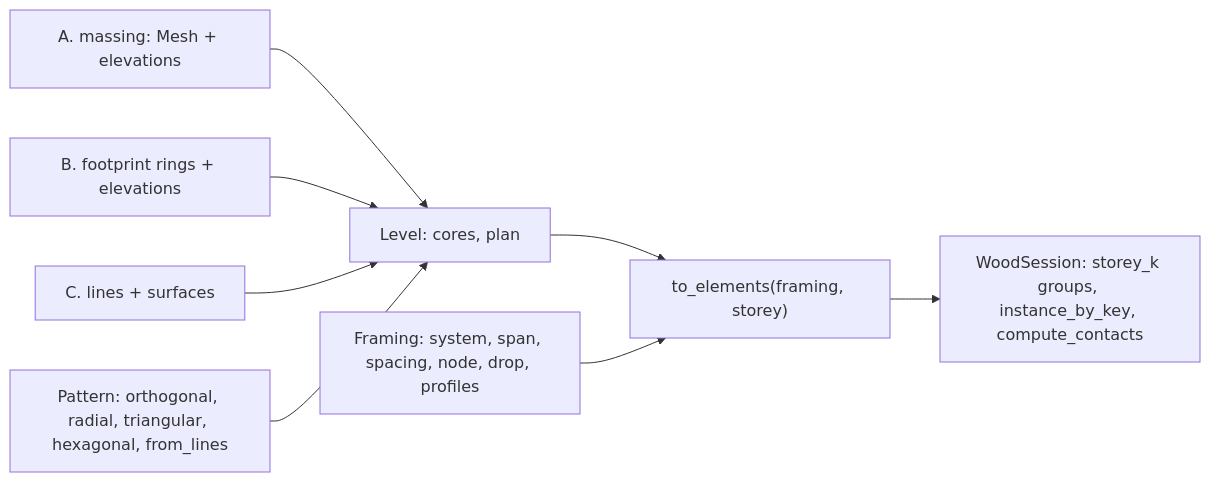
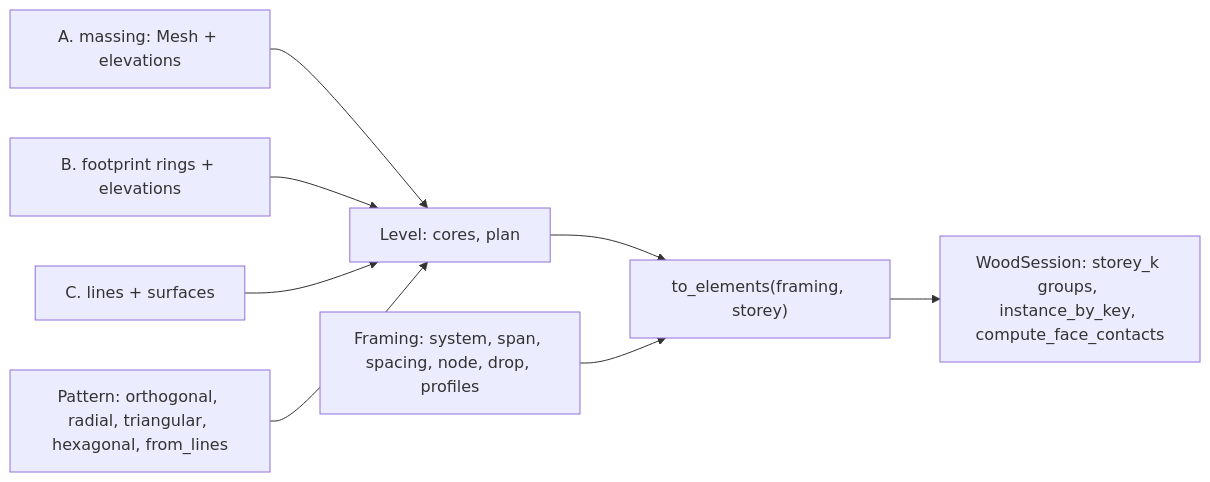
One commit to petrasvestartas/wood changed the diagram in docs/templates.md. Above: the diagram before and after it, drawn with Mermaid. The commit also changed other lines of this file and 103 other files, not shown here.

Commit message:
[wood, session_viewer] interactions for the joints and wip viewer docs.

````diff
--- a/docs/templates.md
+++ b/docs/templates.md
@@ -108,10 +108,10 @@
 ```mermaid
 flowchart LR
     A["A. massing: Mesh + elevations"] --> L["Level: cores, plan"]
     B["B. footprint rings + elevations"] --> L
     C["C. lines + surfaces"] --> L
     P["Pattern: orthogonal, radial, triangular, hexagonal, from_lines"] --> L
     L --> E["to_elements(framing, storey)"]
     F["Framing: system, span, spacing, node, drop, profiles"] --> E
-    E --> S["WoodSession: storey_k groups, instance_by_key, compute_contacts"]
+    E --> S["WoodSession: storey_k groups, instance_by_key, compute_face_contacts"]
 ```
````
